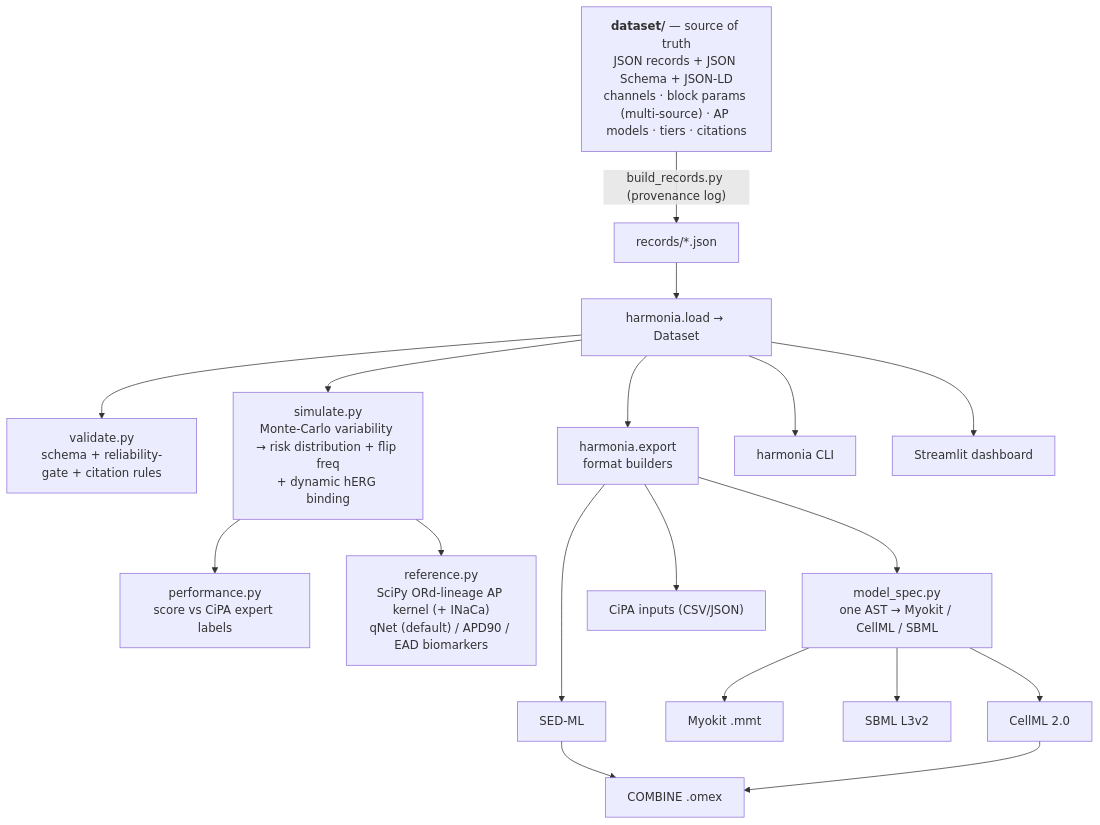
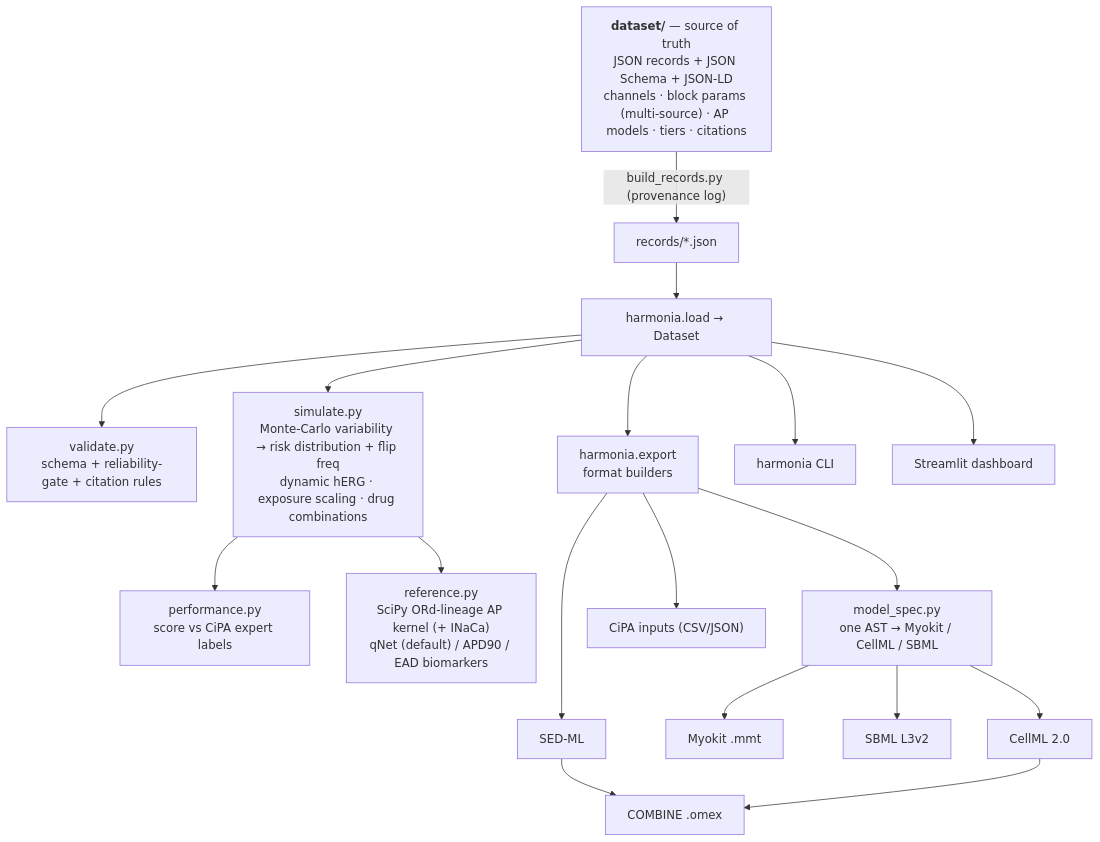
Before and after one commit to clay-good/harmonia: the diagram in README.md, drawn with Mermaid. The commit also changed other lines of this file and 28 other files, not shown here.

First line of the commit message:
Phase D: exposure layer (protein binding) + drug-combination assessment

````diff
--- a/README.md
+++ b/README.md
@@ -124,20 +137,20 @@
 ```mermaid
 flowchart TD
     DS["<b>dataset/</b> — source of truth<br/>JSON records + JSON Schema + JSON-LD<br/>channels · block params (multi-source) · AP models · tiers · citations"]
     DS -->|"build_records.py (provenance log)"| REC["records/*.json"]
     REC --> LOAD["harmonia.load → Dataset"]
     LOAD --> VAL["validate.py<br/>schema + reliability-gate + citation rules"]
-    LOAD --> SIM["simulate.py<br/>Monte-Carlo variability → risk distribution + flip freq<br/>+ dynamic hERG binding"]
+    LOAD --> SIM["simulate.py<br/>Monte-Carlo variability → risk distribution + flip freq<br/>dynamic hERG · exposure scaling · drug combinations"]
     LOAD --> EXP["harmonia.export<br/>format builders"]
     SIM --> PERF["performance.py<br/>score vs CiPA expert labels"]
     SIM --> REF["reference.py<br/>SciPy ORd-lineage AP kernel (+ INaCa)<br/>qNet (default) / APD90 / EAD biomarkers"]
     EXP --> SPEC["model_spec.py<br/>one AST → Myokit / CellML / SBML"]
     SPEC --> CELLML["CellML 2.0"]
     SPEC --> MYOKIT["Myokit .mmt"]
     SPEC --> SBML["SBML L3v2"]
     EXP --> CIPA["CiPA inputs (CSV/JSON)"]
     EXP --> SEDML["SED-ML"] --> OMEX["COMBINE .omex"]
     CELLML --> OMEX
     LOAD --> CLI["harmonia CLI"]
     LOAD --> DASH["Streamlit dashboard"]
 ```
````
